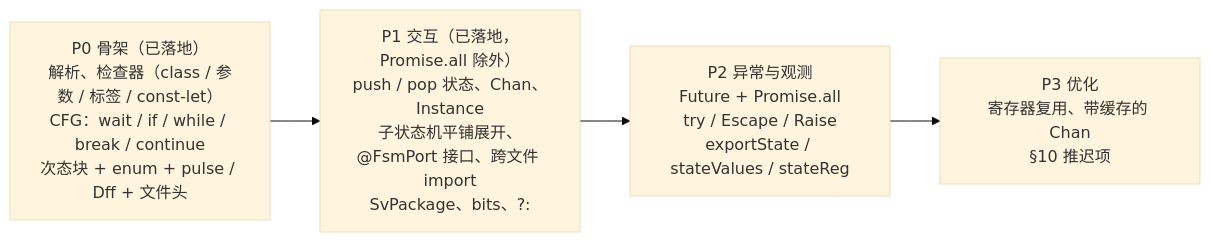
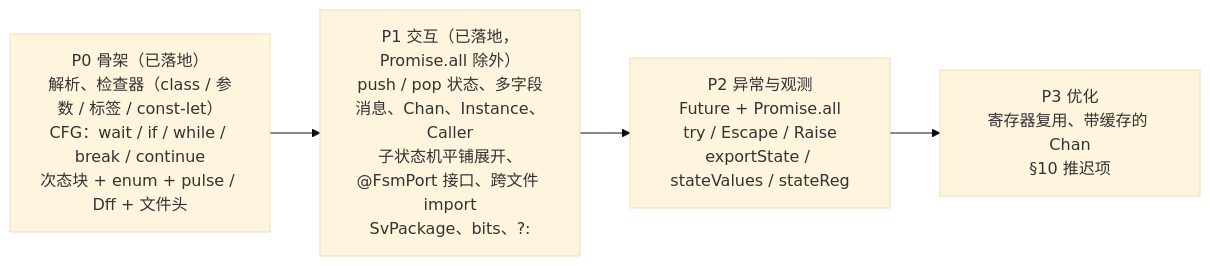
Before and after one commit to rede97/autowire: the seventh of 7 diagrams in docs/state/async-fsm.md, drawn with Mermaid (base theme). The commit also changed other lines of this file and 17 other files, not shown here.

First line of the commit message:
feat(fsm): message channels and Caller: a sub-FSM as one shared server

````diff
--- a/docs/state/async-fsm.md
+++ b/docs/state/async-fsm.md
@@ -2946,6 +3316,6 @@
 ```mermaid
 flowchart LR
-  P0["P0 骨架（已落地）<br/>解析、检查器（class / 参数 / 标签 / const-let）<br/>CFG：wait / if / while / break / continue<br/>次态块 + enum + pulse / Dff + 文件头"] --> P1["P1 交互（已落地，Promise.all 除外）<br/>push / pop 状态、Chan、Instance<br/>子状态机平铺展开、@FsmPort 接口、跨文件 import<br/>SvPackage、bits、?:"]
+  P0["P0 骨架（已落地）<br/>解析、检查器（class / 参数 / 标签 / const-let）<br/>CFG：wait / if / while / break / continue<br/>次态块 + enum + pulse / Dff + 文件头"] --> P1["P1 交互（已落地，Promise.all 除外）<br/>push / pop 状态、多字段消息、Chan、Instance、Caller<br/>子状态机平铺展开、@FsmPort 接口、跨文件 import<br/>SvPackage、bits、?:"]
   P1 --> P2["P2 异常与观测<br/>Future + Promise.all<br/>try / Escape / Raise<br/>exportState / stateValues / stateReg"]
   P2 --> P3["P3 优化<br/>寄存器复用、带缓存的 Chan<br/>§10 推迟项"]
 ```
````
